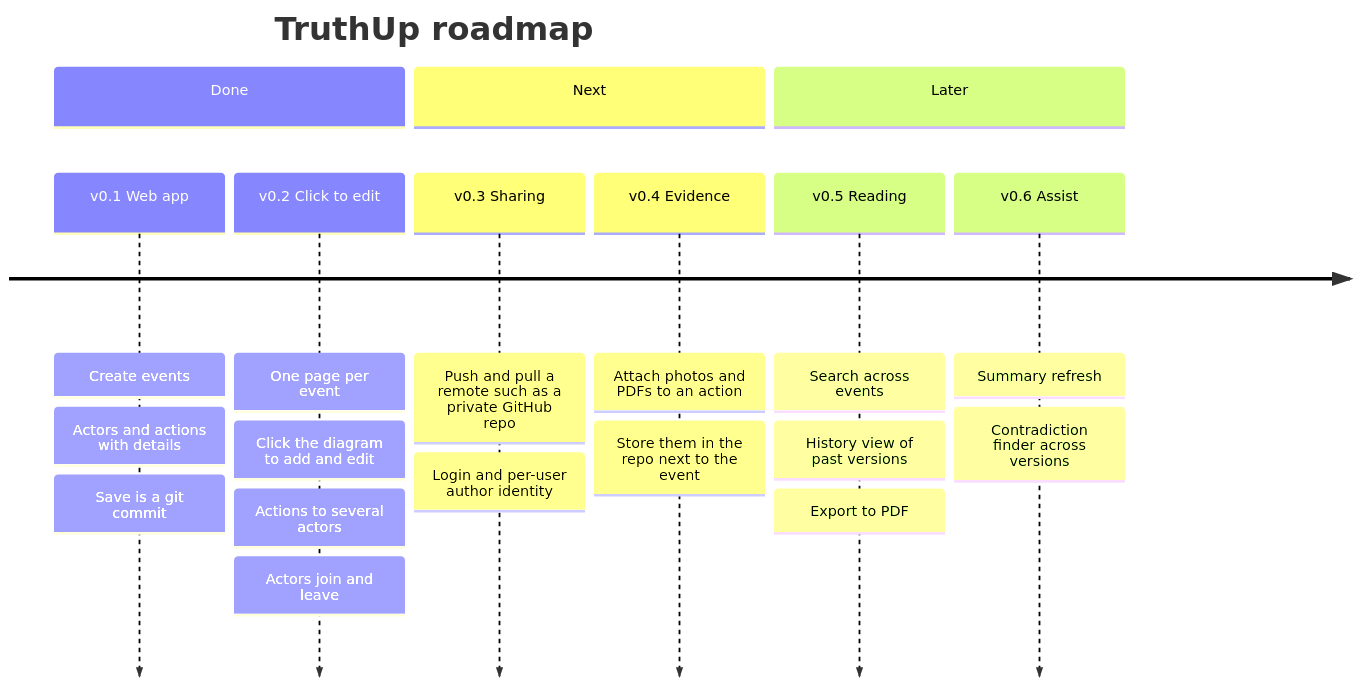
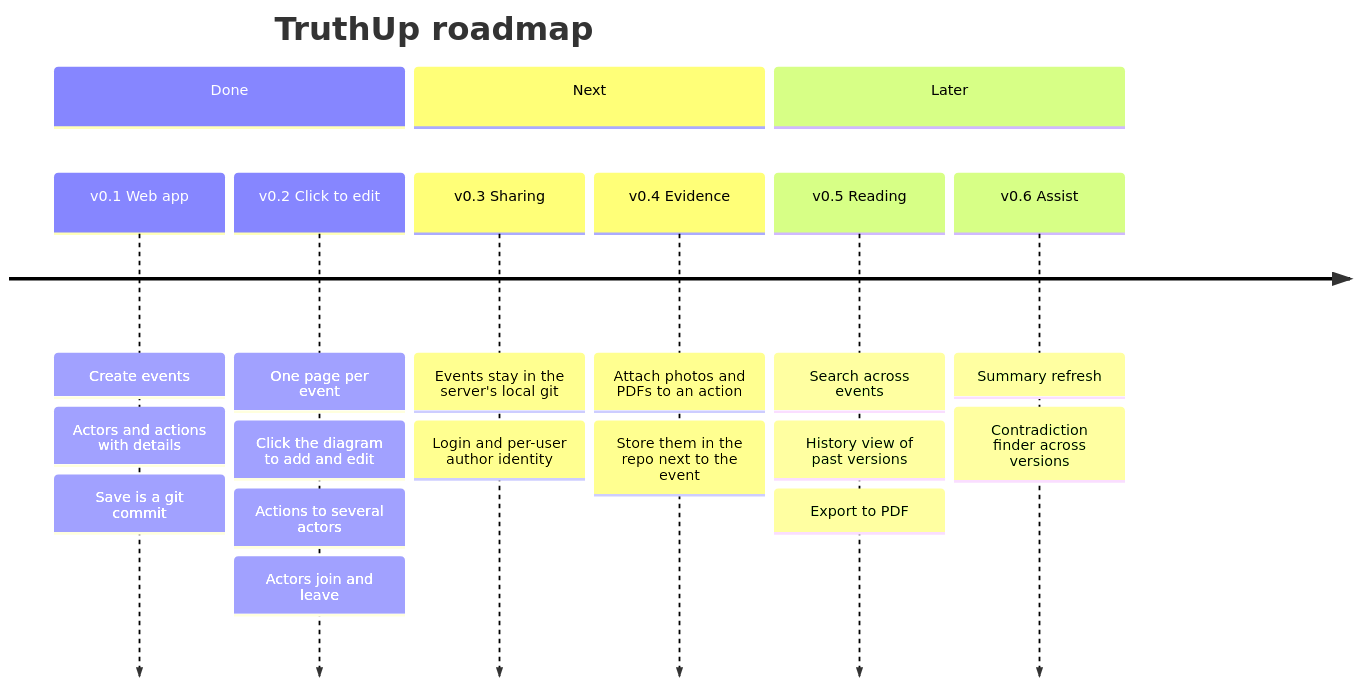
The diagram in PLAN.md (masonwang/TruthUp), drawn with Mermaid before and after one commit. The commit also changed other lines of this file and 2 other files, not shown here.

First line of the commit message:
Docs: events live only in the web server's local git repo

````diff
--- a/PLAN.md
+++ b/PLAN.md
@@ -28,13 +29,13 @@
 ```mermaid
 timeline
     title TruthUp roadmap
     section Done
         v0.1 Web app : Create events : Actors and actions with details : Save is a git commit
         v0.2 Click to edit : One page per event : Click the diagram to add and edit : Actions to several actors : Actors join and leave
     section Next
-        v0.3 Sharing : Push and pull a remote such as a private GitHub repo : Login and per-user author identity
+        v0.3 Sharing : Events stay in the server's local git : Login and per-user author identity
         v0.4 Evidence : Attach photos and PDFs to an action : Store them in the repo next to the event
     section Later
         v0.5 Reading : Search across events : History view of past versions : Export to PDF
         v0.6 Assist : Summary refresh : Contradiction finder across versions
 ```
````
